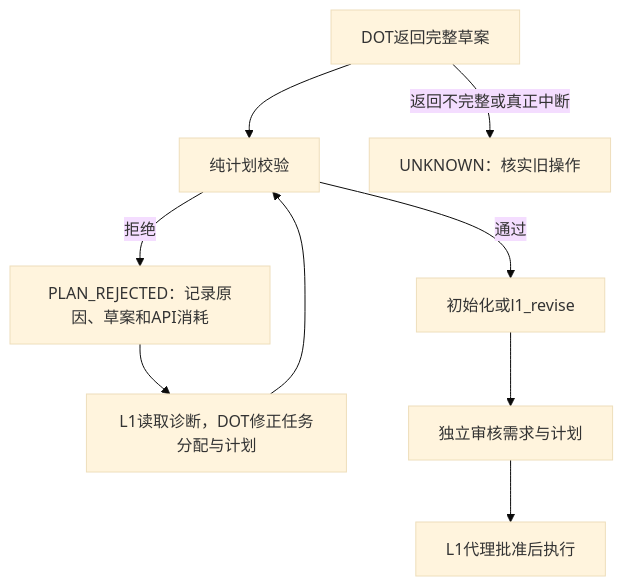
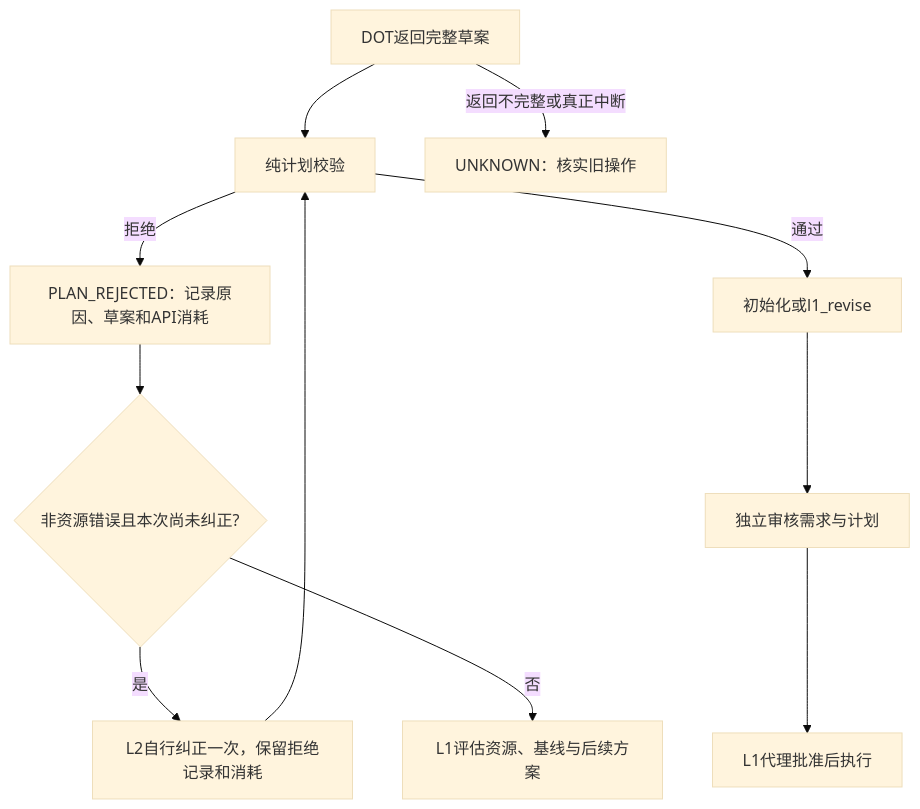
The diagram in docs/guides/plan-rejections.md (Merrychen-CMY/AI-Programming-Workflow), drawn with Mermaid (base theme) before and after one commit. The commit also changed other lines of this file and 42 other files, not shown here.

````diff
--- a/docs/guides/plan-rejections.md
+++ b/docs/guides/plan-rejections.md
@@ -32,11 +32,13 @@
 ```mermaid
 flowchart TD
  A[DOT返回完整草案] --> B[纯计划校验]
  B -->|拒绝| C[PLAN_REJECTED：记录原因、草案和API消耗]
- C --> D[L1读取诊断，DOT修正任务分配与计划]
- D --> B
+ C --> D{非资源错误且本次尚未纠正?}
+ D -->|是| R[L2自行纠正一次，保留拒绝记录和消耗]
+ R --> B
+ D -->|否| L[L1评估资源、基线与后续方案]
  B -->|通过| E[初始化或l1_revise]
  E --> F[独立审核需求与计划]
  F --> G[L1代理批准后执行]
  A -->|返回不完整或真正中断| X[UNKNOWN：核实旧操作]
 ```
````
